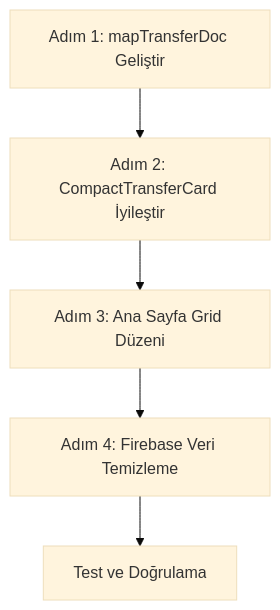
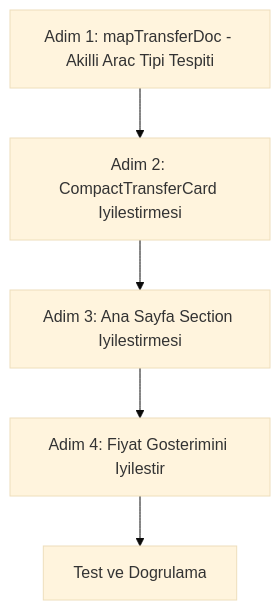
One commit to kubilaytinmaz/sefernur-main changed the diagram in plans/transfer-card-fix-plan.md. Above: the diagram before and after it, drawn with Mermaid (base theme). The commit also changed other lines of this file and 78 other files, not shown here.

````diff
--- a/plans/transfer-card-fix-plan.md
+++ b/plans/transfer-card-fix-plan.md
@@ -76,7 +98,7 @@
 ```mermaid
 graph TD
-    A[Adım 1: mapTransferDoc Geliştir] --> B[Adım 2: CompactTransferCard İyileştir]
-    B --> C[Adım 3: Ana Sayfa Grid Düzeni]
-    C --> D[Adım 4: Firebase Veri Temizleme]
-    D --> E[Test ve Doğrulama]
+    A[Adim 1: mapTransferDoc - Akilli Arac Tipi Tespiti] --> B[Adim 2: CompactTransferCard Iyilestirmesi]
+    B --> C[Adim 3: Ana Sayfa Section Iyilestirmesi]
+    C --> D[Adim 4: Fiyat Gosterimini Iyilestir]
+    D --> E[Test ve Dogrulama]
 ```
````
